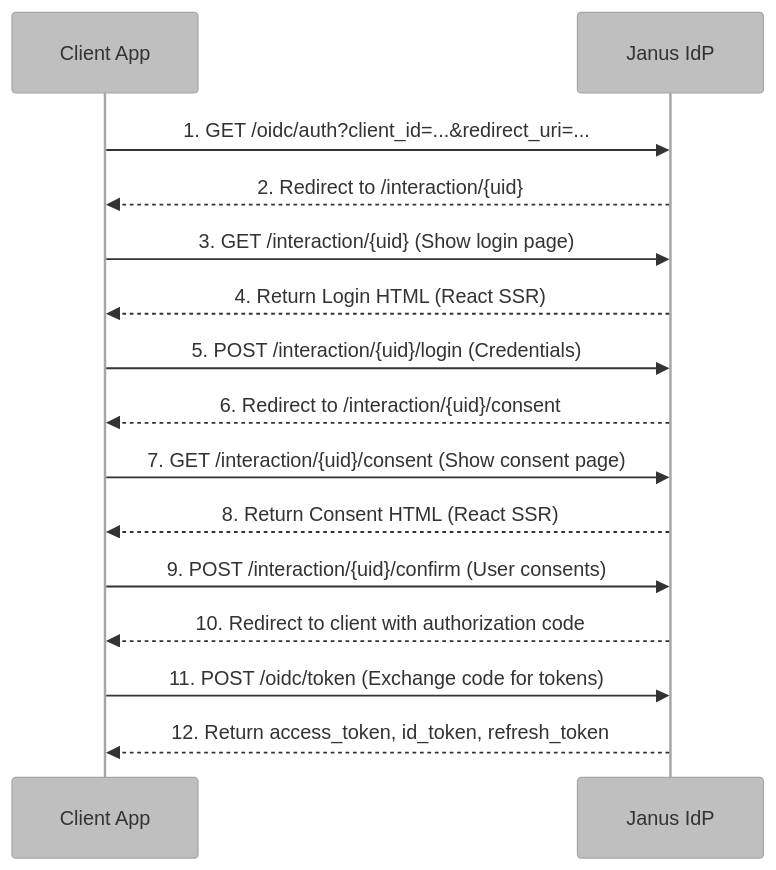
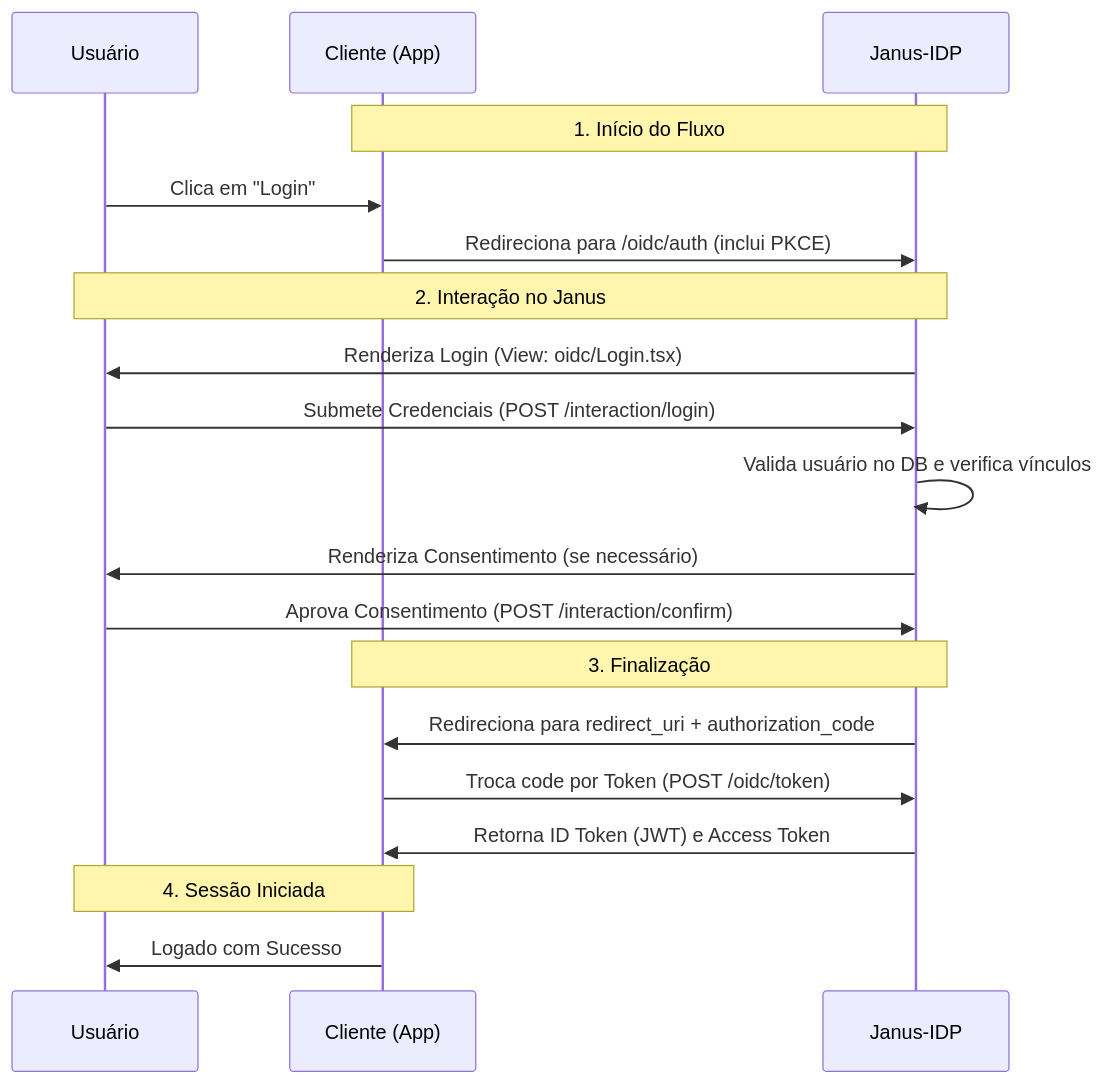
The second of 2 diagrams in docs/ARCHITECTURE.md (marcus-v-rodrigues/janus-idp), drawn with Mermaid before and after one commit. The commit also changed other lines of this file and 19 other files, not shown here.

First line of the commit message:
feat(oidc): add user registration flow and consolidate documentation

````diff
--- a/docs/ARCHITECTURE.md
+++ b/docs/ARCHITECTURE.md
@@ -140,19 +40,25 @@
 ```mermaid
-%%{init: {'theme': 'base', 'themeVariables': { 'primaryColor': '#bfbfbf', 'edgeColor': '#5d5d5d' }, "flowchart": {"subGraphTitleMargin": {"bottom": 30}}}}%%
 sequenceDiagram
-    participant Client as Client App
-    participant IdP as Janus IdP
+    participant U as Usuário
+    participant C as Cliente (App)
+    participant J as Janus-IDP
     
-    Client->>IdP: 1. GET /oidc/auth?client_id=...&redirect_uri=...
-    IdP-->>Client: 2. Redirect to /interaction/{uid}
-    Client->>IdP: 3. GET /interaction/{uid} (Show login page)
-    IdP-->>Client: 4. Return Login HTML (React SSR)
-    Client->>IdP: 5. POST /interaction/{uid}/login (Credentials)
-    IdP-->>Client: 6. Redirect to /interaction/{uid}/consent
-    Client->>IdP: 7. GET /interaction/{uid}/consent (Show consent page)
-    IdP-->>Client: 8. Return Consent HTML (React SSR)
-    Client->>IdP: 9. POST /interaction/{uid}/confirm (User consents)
-    IdP-->>Client: 10. Redirect to client with authorization code
-    Client->>IdP: 11. POST /oidc/token (Exchange code for tokens)
-    IdP-->>Client: 12. Return access_token, id_token, refresh_token
+    Note over C,J: 1. Início do Fluxo
+    U->>C: Clica em "Login"
+    C->>J: Redireciona para /oidc/auth (inclui PKCE)
+    
+    Note over J,U: 2. Interação no Janus
+    J->>U: Renderiza Login (View: oidc/Login.tsx)
+    U->>J: Submete Credenciais (POST /interaction/login)
+    J->>J: Valida usuário no DB e verifica vínculos
+    J->>U: Renderiza Consentimento (se necessário)
+    U->>J: Aprova Consentimento (POST /interaction/confirm)
+    
+    Note over J,C: 3. Finalização
+    J->>C: Redireciona para redirect_uri + authorization_code
+    C->>J: Troca code por Token (POST /oidc/token)
+    J->>C: Retorna ID Token (JWT) e Access Token
+    
+    Note over C,U: 4. Sessão Iniciada
+    C->>U: Logado com Sucesso
 ```
````
